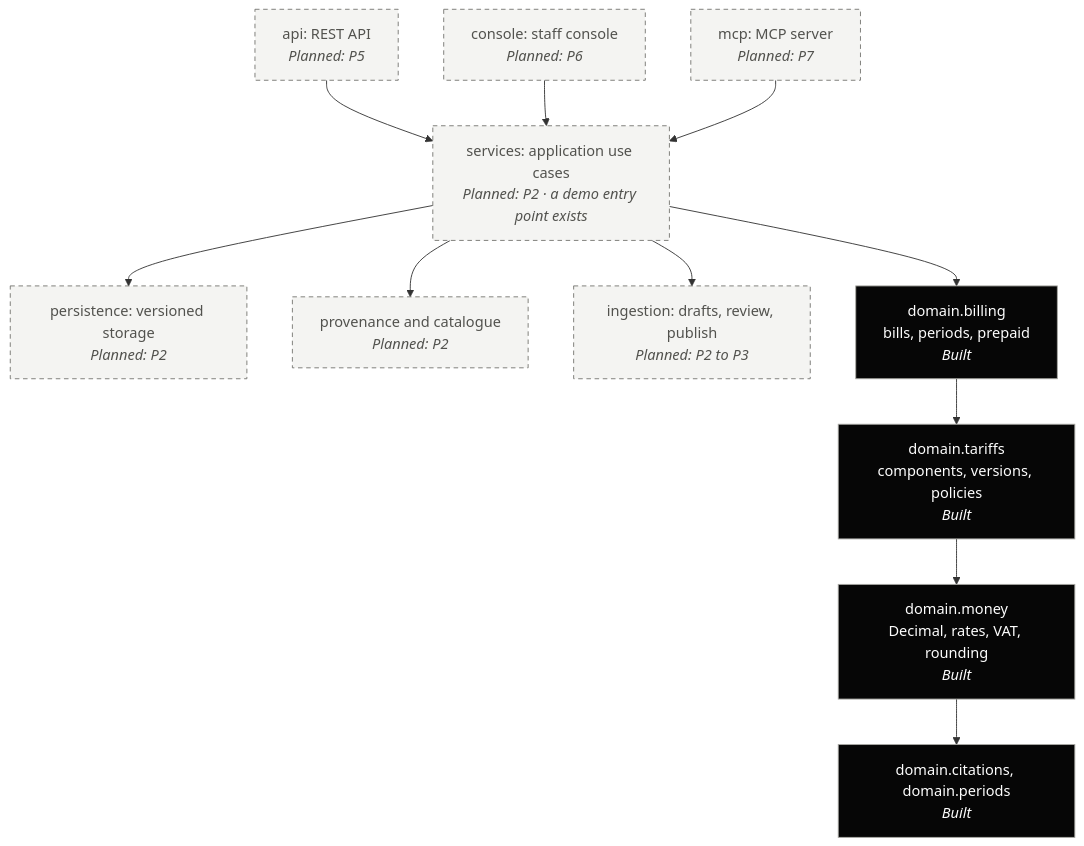
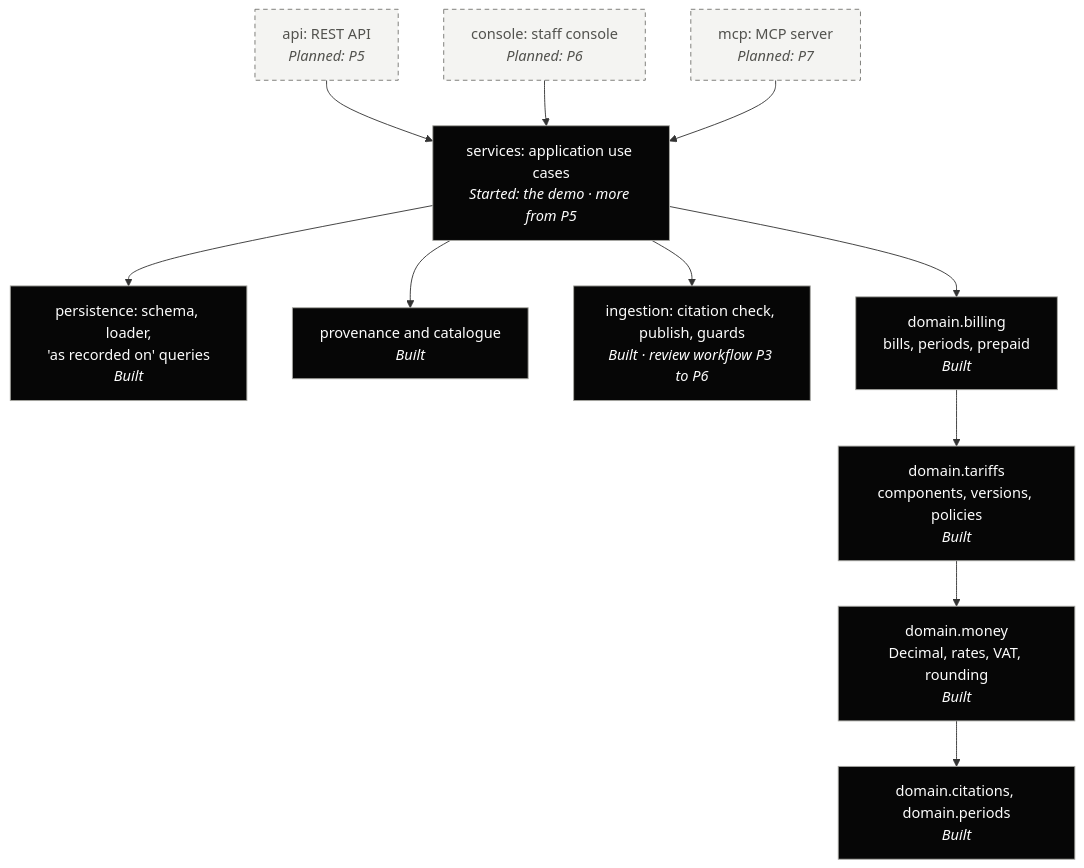
The second of 2 diagrams in README.md (Josh-Heath123/MuniSense), drawn with Mermaid before and after one commit. The commit also changed other lines of this file and 2 other files, not shown here.

````diff
--- a/README.md
+++ b/README.md
@@ -82,24 +86,24 @@
 ```mermaid
 flowchart TB
   api["api: REST API<br/><i>Planned: P5</i>"]:::planned
   console["console: staff console<br/><i>Planned: P6</i>"]:::planned
   mcp["mcp: MCP server<br/><i>Planned: P7</i>"]:::planned
-  services["services: application use cases<br/><i>Planned: P2 · a demo entry point exists</i>"]:::planned
-  persistence["persistence: versioned storage<br/><i>Planned: P2</i>"]:::planned
-  provenance["provenance and catalogue<br/><i>Planned: P2</i>"]:::planned
-  ingestion["ingestion: drafts, review, publish<br/><i>Planned: P2 to P3</i>"]:::planned
+  services["services: application use cases<br/><i>Started: the demo · more from P5</i>"]:::built
+  persistence["persistence: schema, loader,<br/>'as recorded on' queries<br/><i>Built</i>"]:::built
+  provenance["provenance and catalogue<br/><i>Built</i>"]:::built
+  ingestion["ingestion: citation check, publish, guards<br/><i>Built · review workflow P3 to P6</i>"]:::built
   billing["domain.billing<br/>bills, periods, prepaid<br/><i>Built</i>"]:::built
   tariffs["domain.tariffs<br/>components, versions, policies<br/><i>Built</i>"]:::built
   money["domain.money<br/>Decimal, rates, VAT, rounding<br/><i>Built</i>"]:::built
   base["domain.citations, domain.periods<br/><i>Built</i>"]:::built
   api --> services
   console --> services
   mcp --> services
   services --> persistence
   services --> ingestion
   services --> provenance
   services --> billing
   billing --> tariffs --> money --> base
   classDef built fill:#060606,stroke:#A8A8A3,color:#FDFDFD
   classDef planned fill:#F4F4F2,stroke:#767671,stroke-dasharray:5 4,color:#52524E
 ```
````
